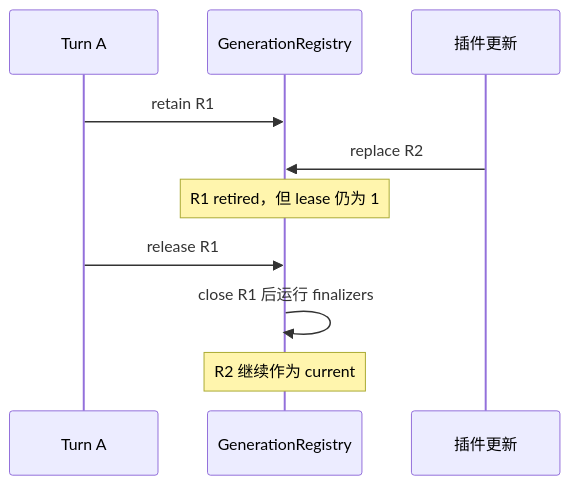
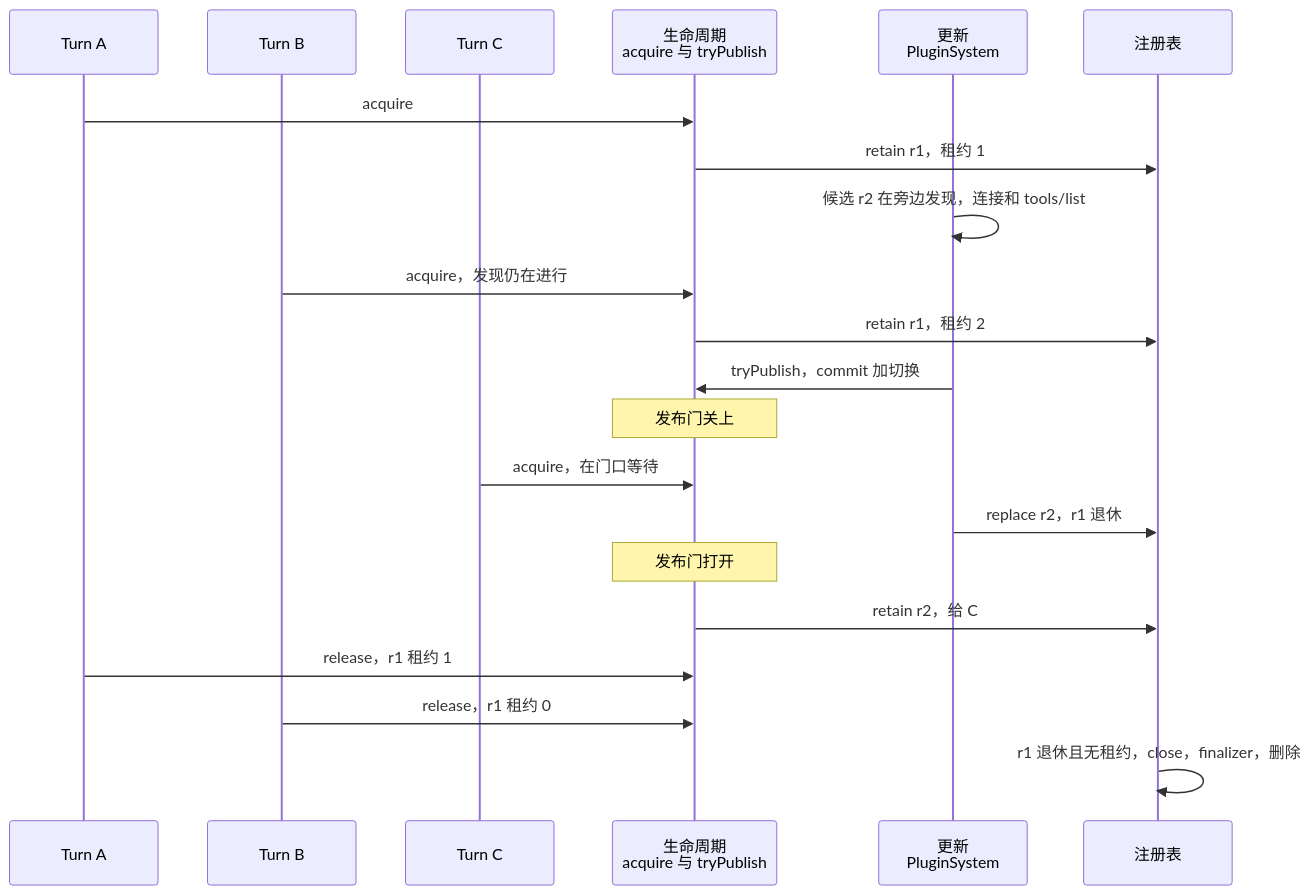
Before and after one commit to Jialei-03/learn-minimax-code: the third of 3 diagrams in course/08-plugins-mcp.md, drawn with Mermaid. The commit also changed other lines of this file and 165 other files, not shown here.

````diff
--- a/course/08-plugins-mcp.md
+++ b/course/08-plugins-mcp.md
@@ -31,12 +117,23 @@
 ```mermaid
 sequenceDiagram
   participant A as Turn A
-  participant G as GenerationRegistry
-  participant U as 插件更新
-  A->>G: retain R1
-  U->>G: replace R2
-  Note over G: R1 retired，但 lease 仍为 1
-  A->>G: release R1
-  G->>G: close R1 后运行 finalizers
-  Note over G: R2 继续作为 current
+  participant B as Turn B
+  participant C as Turn C
+  participant L as 生命周期<br/>acquire 与 tryPublish
+  participant U as 更新<br/>PluginSystem
+  participant G as 注册表
+  A->>L: acquire
+  L->>G: retain r1，租约 1
+  U->>U: 候选 r2 在旁边发现，连接和 tools/list
+  B->>L: acquire，发现仍在进行
+  L->>G: retain r1，租约 2
+  U->>L: tryPublish，commit 加切换
+  Note over L: 发布门关上
+  C->>L: acquire，在门口等待
+  U->>G: replace r2，r1 退休
+  Note over L: 发布门打开
+  L->>G: retain r2，给 C
+  A->>L: release，r1 租约 1
+  B->>L: release，r1 租约 0
+  G->>G: r1 退休且无租约，close，finalizer，删除
 ```
````
